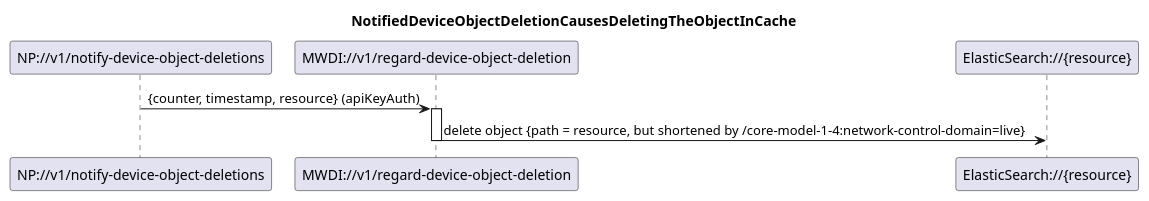
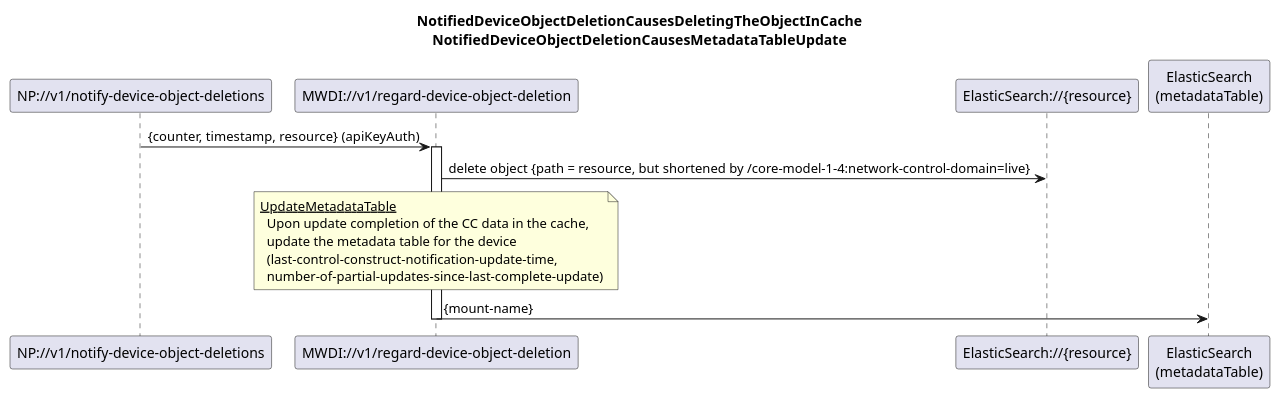
One commit to openBackhaul/MicroWaveDeviceInventory changed the diagram in spec/diagrams/026_NotificationBasedObjectDeletion.plantuml. Above: the diagram before and after it, drawn with PlantUML. The commit also changed 25 other files, not shown here.

```diff
--- a/spec/diagrams/026_NotificationBasedObjectDeletion.plantuml
+++ b/spec/diagrams/026_NotificationBasedObjectDeletion.plantuml
@@ -1,17 +1,31 @@
 @startuml 026_NotificationBasedObjectDeletion
 skinparam responseMessageBelowArrow true
 
-title NotifiedDeviceObjectDeletionCausesDeletingTheObjectInCache
+title 
+  NotifiedDeviceObjectDeletionCausesDeletingTheObjectInCache
+  NotifiedDeviceObjectDeletionCausesMetadataTableUpdate
+end title
 
 participant "NP://v1/notify-device-object-deletions" as subscription
 participant "MWDI://v1/regard-device-object-deletion" as regardObjectDeletion
 participant "ElasticSearch://{resource}" as es
+participant "ElasticSearch\n(metadataTable)" as mtab
 
 subscription -> regardObjectDeletion: {counter, timestamp, resource} (apiKeyAuth)
 
 activate regardObjectDeletion
 
 regardObjectDeletion -> es: delete object {path = resource, but shortened by /core-model-1-4:network-control-domain=live}
+
+note over regardObjectDeletion
+  <u>UpdateMetadataTable</u>
+    Upon update completion of the CC data in the cache,
+    update the metadata table for the device
+    (last-control-construct-notification-update-time,
+    number-of-partial-updates-since-last-complete-update)
+end note
+regardObjectDeletion -> mtab: {mount-name}
+
 deactivate regardObjectDeletion
 
 @enduml
```
